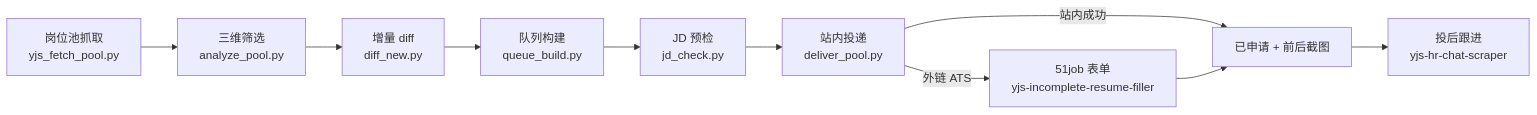
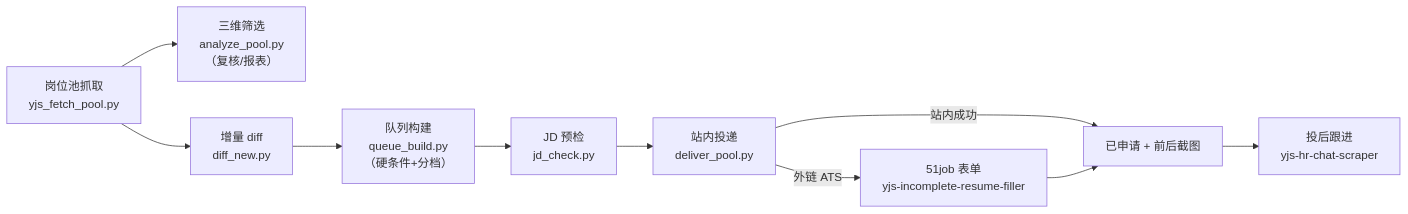
Before and after one commit to 784228565/yjs-job-skills: the diagram in README.md, drawn with Mermaid. The commit also changed other lines of this file and 2 other files, not shown here.

Commit message:
docs: 修正数据流（analyze 为旁路，diff 直读全量池）

````diff
--- a/README.md
+++ b/README.md
@@ -27,12 +27,12 @@
 ```mermaid
 flowchart LR
-  A["岗位池抓取<br/>yjs_fetch_pool.py"] --> B["三维筛选<br/>analyze_pool.py"]
-  B --> C["增量 diff<br/>diff_new.py"]
-  C --> D["队列构建<br/>queue_build.py"]
+  A["岗位池抓取<br/>yjs_fetch_pool.py"] --> B["三维筛选<br/>analyze_pool.py<br/>（复核/报表）"]
+  A --> C["增量 diff<br/>diff_new.py"]
+  C --> D["队列构建<br/>queue_build.py<br/>（硬条件+分档）"]
   D --> E["JD 预检<br/>jd_check.py"]
   E --> F["站内投递<br/>deliver_pool.py"]
   F -->|外链 ATS| G["51job 表单<br/>yjs-incomplete-resume-filler"]
   F -->|站内成功| H["已申请 + 前后截图"]
   G --> H
   H --> I["投后跟进<br/>yjs-hr-chat-scraper"]
 ```
````
